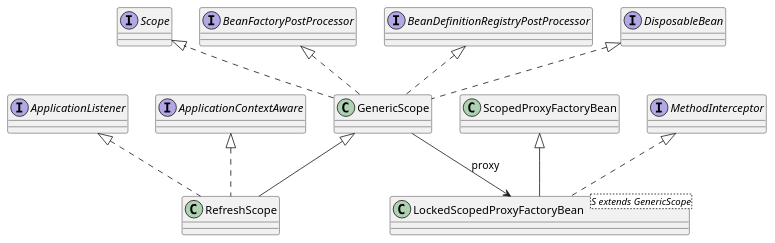
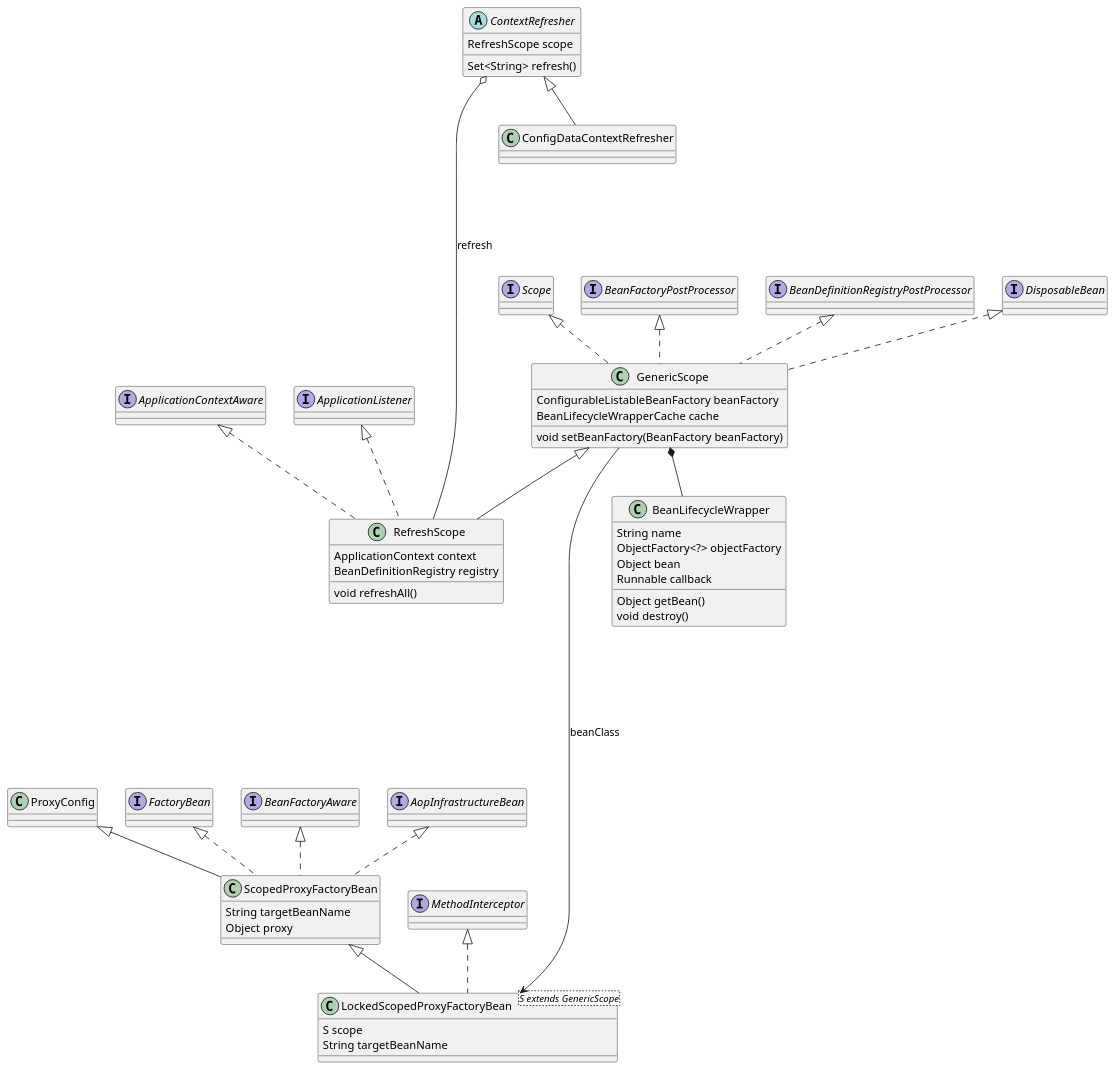
The diagram in content/post/java/spring-cloud/context.md (kevinwang930/kevinwang930.github.io), drawn with PlantUML before and after one commit. The commit also changed other lines of this file and 6 other files, not shown here.

````diff
--- a/content/post/java/spring-cloud/context.md
+++ b/content/post/java/spring-cloud/context.md
@@ -27,8 +36,40 @@
 ```plantuml
-class GenericScope implements Scope, BeanFactoryPostProcessor,BeanDefinitionRegistryPostProcessor,DisposableBean 
-class RefreshScope extends GenericScope implements ApplicationContextAware,ApplicationListener
+class GenericScope implements Scope, BeanFactoryPostProcessor,BeanDefinitionRegistryPostProcessor,DisposableBean  {
+    ConfigurableListableBeanFactory beanFactory
+    BeanLifecycleWrapperCache cache
+    void setBeanFactory(BeanFactory beanFactory)
+}
+class RefreshScope extends GenericScope implements ApplicationContextAware,ApplicationListener {
+    ApplicationContext context
+    BeanDefinitionRegistry registry
+    void refreshAll()
+}
+class ScopedProxyFactoryBean extends ProxyConfig implements FactoryBean, BeanFactoryAware,AopInfrastructureBean {
+    String targetBeanName
+    Object proxy
+}
 
-class LockedScopedProxyFactoryBean<S extends GenericScope> extends ScopedProxyFactoryBean implements MethodInterceptor
+class LockedScopedProxyFactoryBean<S extends GenericScope> extends ScopedProxyFactoryBean implements MethodInterceptor {
+    S scope
+    String targetBeanName
+    
+}
 
-GenericScope --> LockedScopedProxyFactoryBean: proxy
+class BeanLifecycleWrapper {
+    String name
+    ObjectFactory<?> objectFactory
+    Object bean
+    Runnable callback
+    Object getBean()
+    void destroy()
+}
+abstract class ContextRefresher {
+    RefreshScope scope
+    Set<String> refresh()
+}
+class ConfigDataContextRefresher extends ContextRefresher
+
+GenericScope -------> LockedScopedProxyFactoryBean: beanClass
+ContextRefresher o------ RefreshScope : refresh
+GenericScope *-- BeanLifecycleWrapper
 ```
````
